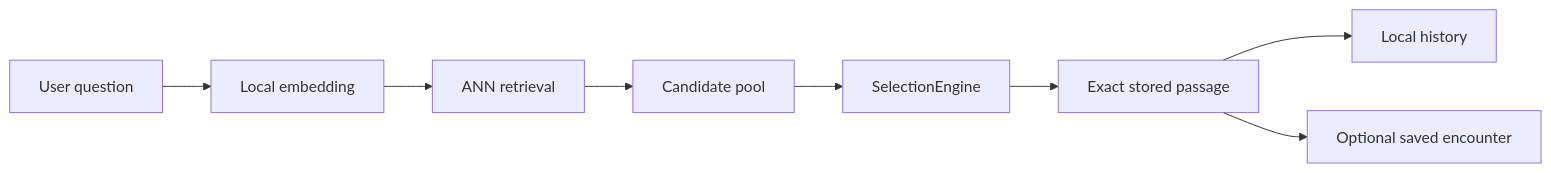
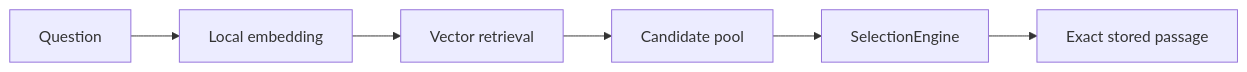
The diagram in README.md (folk21/sibyl), drawn with Mermaid before and after one commit. The commit also changed other lines of this file and 66 other files, not shown here.

````diff
--- a/README.md
+++ b/README.md
@@ -40,10 +7,8 @@
 ```mermaid
 flowchart LR
-    Q[User question] --> E[Local embedding]
-    E --> A[ANN retrieval]
-    A --> C[Candidate pool]
+    Q[Question] --> E[Local embedding]
+    E --> R[Vector retrieval]
+    R --> C[Candidate pool]
     C --> S[SelectionEngine]
     S --> P[Exact stored passage]
-    P --> H[Local history]
-    P --> M[Optional saved encounter]
 ```
````
